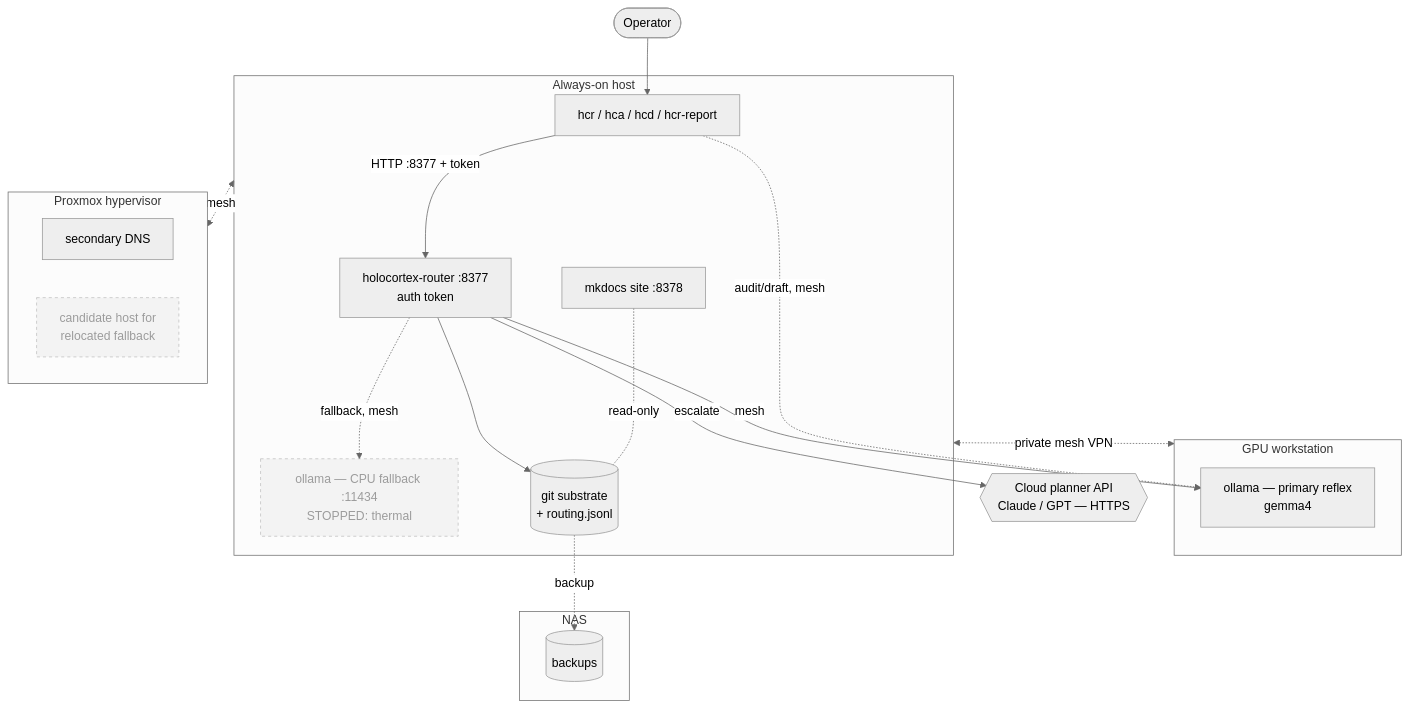
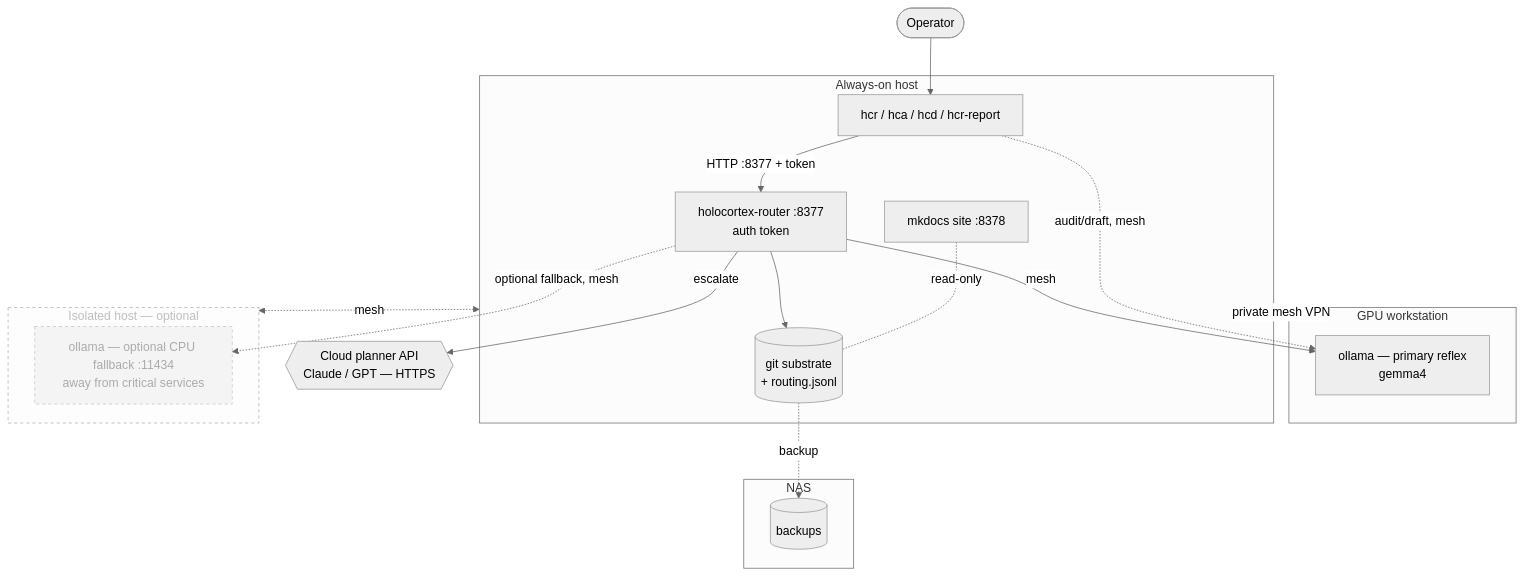
Before and after one commit to holocortex-labs/holocortex: the second of 2 diagrams in docs/ARCHITECTURE.md, drawn with Mermaid (neutral theme). The commit also changed other lines of this file, not shown here.

````diff
--- a/docs/ARCHITECTURE.md
+++ b/docs/ARCHITECTURE.md
@@ -55,41 +59,39 @@
 ```mermaid
 flowchart TB
     operator([Operator])
     cloud{{"Cloud planner API<br/>Claude / GPT — HTTPS"}}
 
     subgraph gpu["GPU workstation"]
         ollamaP["ollama — primary reflex<br/>gemma4"]
     end
 
     subgraph always["Always-on host"]
         clients["hcr / hca / hcd / hcr-report"]
         rtr["holocortex-router :8377<br/>auth token"]
         web["mkdocs site :8378"]
-        ollamaF["ollama — CPU fallback :11434<br/>STOPPED: thermal"]
         repo[("git substrate<br/>+ routing.jsonl")]
     end
 
-    subgraph hyper["Proxmox hypervisor"]
-        sdns["secondary DNS"]
-        cand["candidate host for<br/>relocated fallback"]
+    subgraph iso["Isolated host — optional"]
+        ollamaF["ollama — optional CPU fallback :11434<br/>away from critical services"]
     end
 
     subgraph nas["NAS"]
         bak[("backups")]
     end
 
     operator --> clients
     clients -->|"HTTP :8377 + token"| rtr
     rtr -->|"mesh"| ollamaP
-    rtr -.->|"fallback, mesh"| ollamaF
+    rtr -.->|"optional fallback, mesh"| ollamaF
     rtr -->|"escalate"| cloud
     rtr --> repo
     web -. "read-only" .- repo
     clients -. "audit/draft, mesh" .-> ollamaP
     repo -.->|"backup"| bak
     always <-. "private mesh VPN" .-> gpu
-    always <-. "mesh" .-> hyper
+    always <-. "mesh" .-> iso
 
-    classDef stopped stroke-dasharray:4,opacity:0.6
-    class ollamaF,cand stopped
+    classDef optional stroke-dasharray:4,opacity:0.55
+    class iso,ollamaF optional
 ```
````
